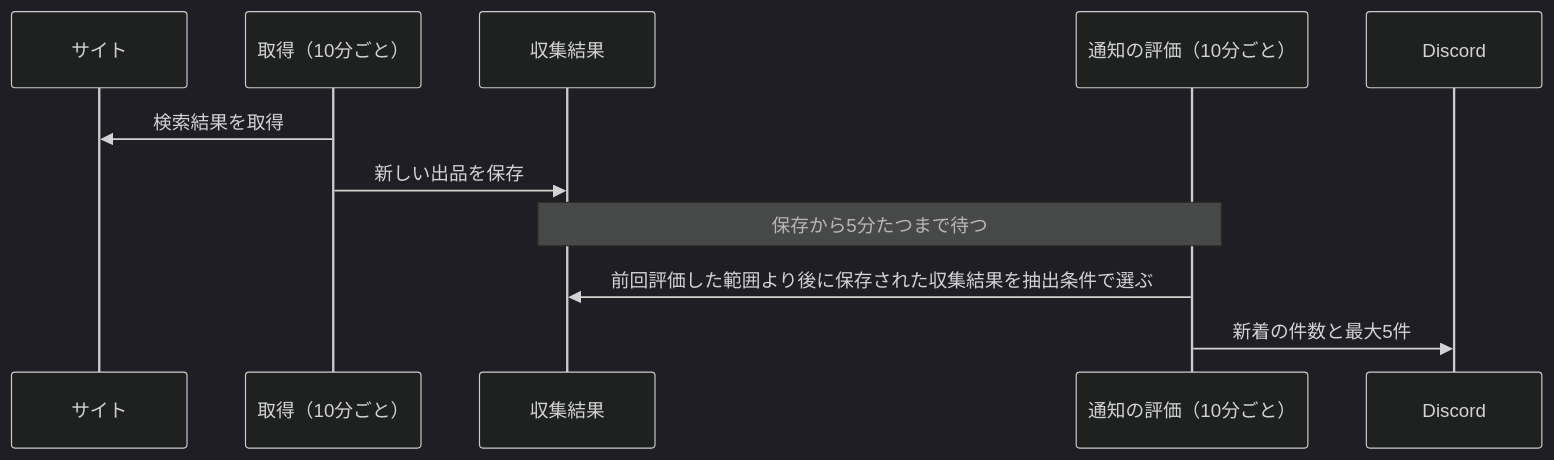
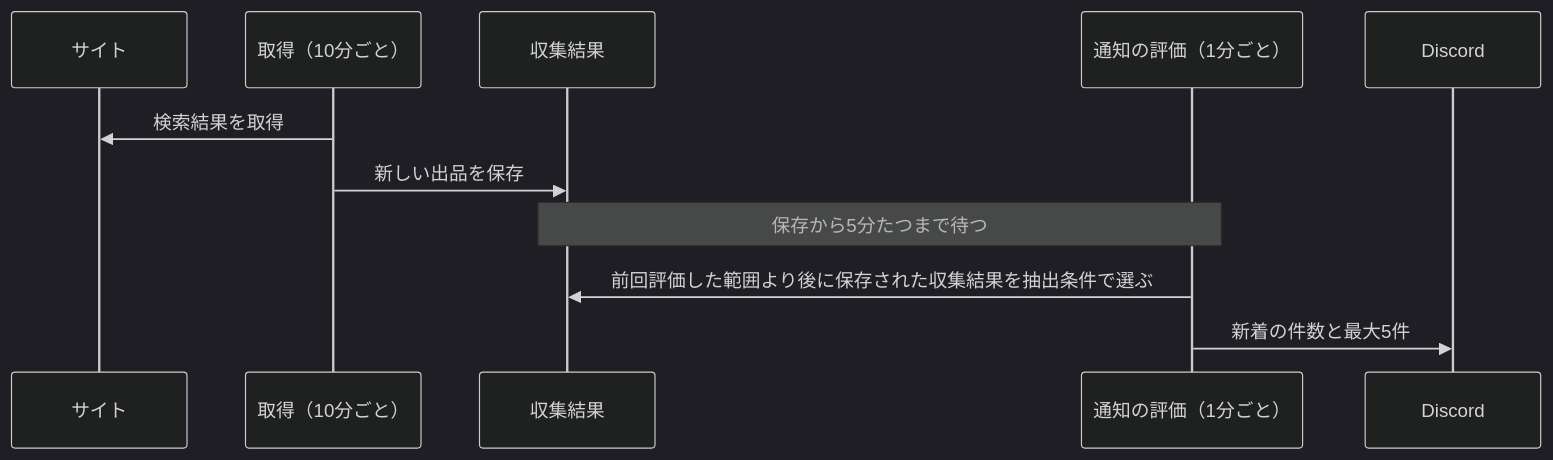
Before and after one commit to kuroweb/price-monitoring: the second of 2 diagrams in docs/features/product-monitoring/operations.md, drawn with Mermaid (dark theme). The commit also changed other lines of this file and 2 other files, not shown here.

````diff
--- a/docs/features/product-monitoring/operations.md
+++ b/docs/features/product-monitoring/operations.md
@@ -85,13 +85,13 @@
 ```mermaid
 sequenceDiagram
     participant site as サイト
     participant crawl as 取得（10分ごと）
     participant db as 収集結果
-    participant eval as 通知の評価（10分ごと）
+    participant eval as 通知の評価（1分ごと）
     participant discord as Discord
     crawl->>site: 検索結果を取得
     crawl->>db: 新しい出品を保存
     Note over db,eval: 保存から5分たつまで待つ
     eval->>db: 前回評価した範囲より後に保存された収集結果を抽出条件で選ぶ
     eval->>discord: 新着の件数と最大5件
 ```
````
